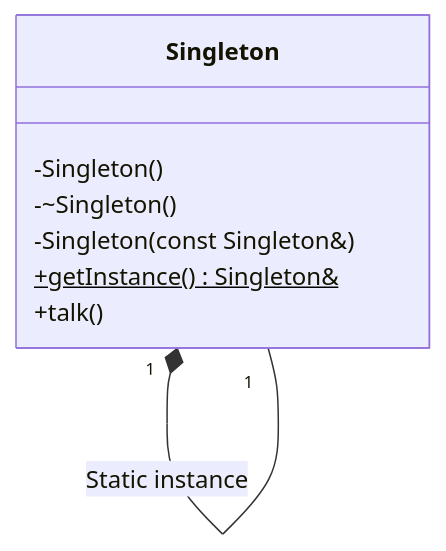
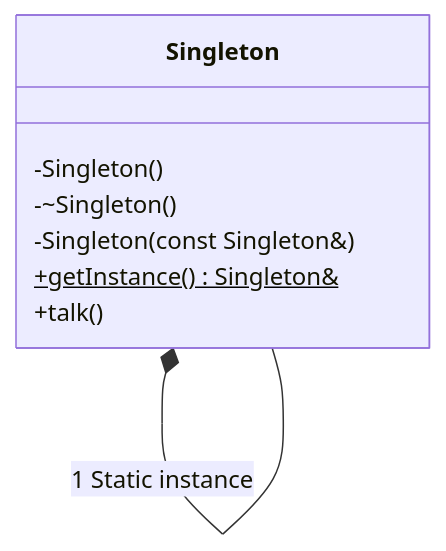
Before and after one commit to Cichlidfishexigency721/Modern-CPP-Design-Patterns: the diagram in 05_Singleton/Simple_Singleton/diagram.md, drawn with Mermaid.

````diff
--- a/05_Singleton/Simple_Singleton/diagram.md
+++ b/05_Singleton/Simple_Singleton/diagram.md
@@ -3,13 +3,13 @@
 ```mermaid
 classDiagram
     class Singleton {
         -Singleton()
         -~Singleton()
         -Singleton(const Singleton&)
         +getInstance()$ Singleton&
         +talk()
     }
 
-    %% The class maintains a single instance of itself
-    Singleton "1" *-- "1" Singleton : Static instance
+    %% We move the "1" into the label to avoid the visual bug with recursive arrows
+    Singleton *-- Singleton : 1 Static instance
 ```
````
